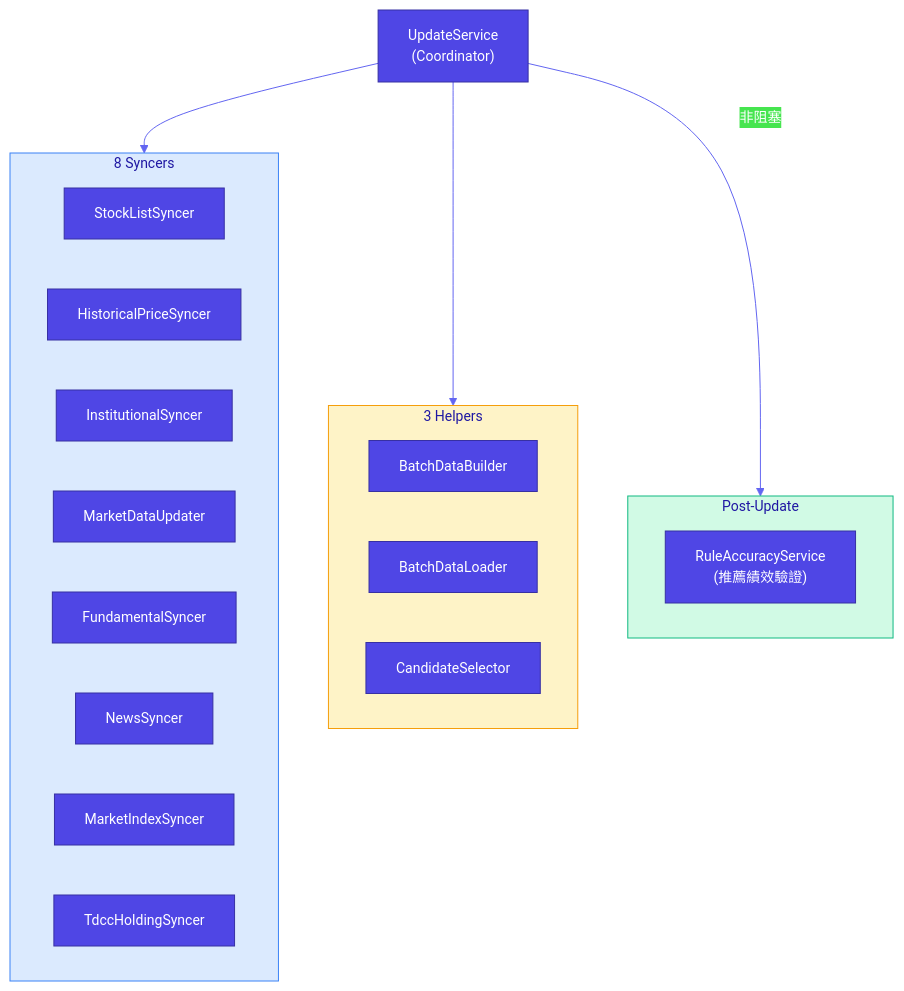
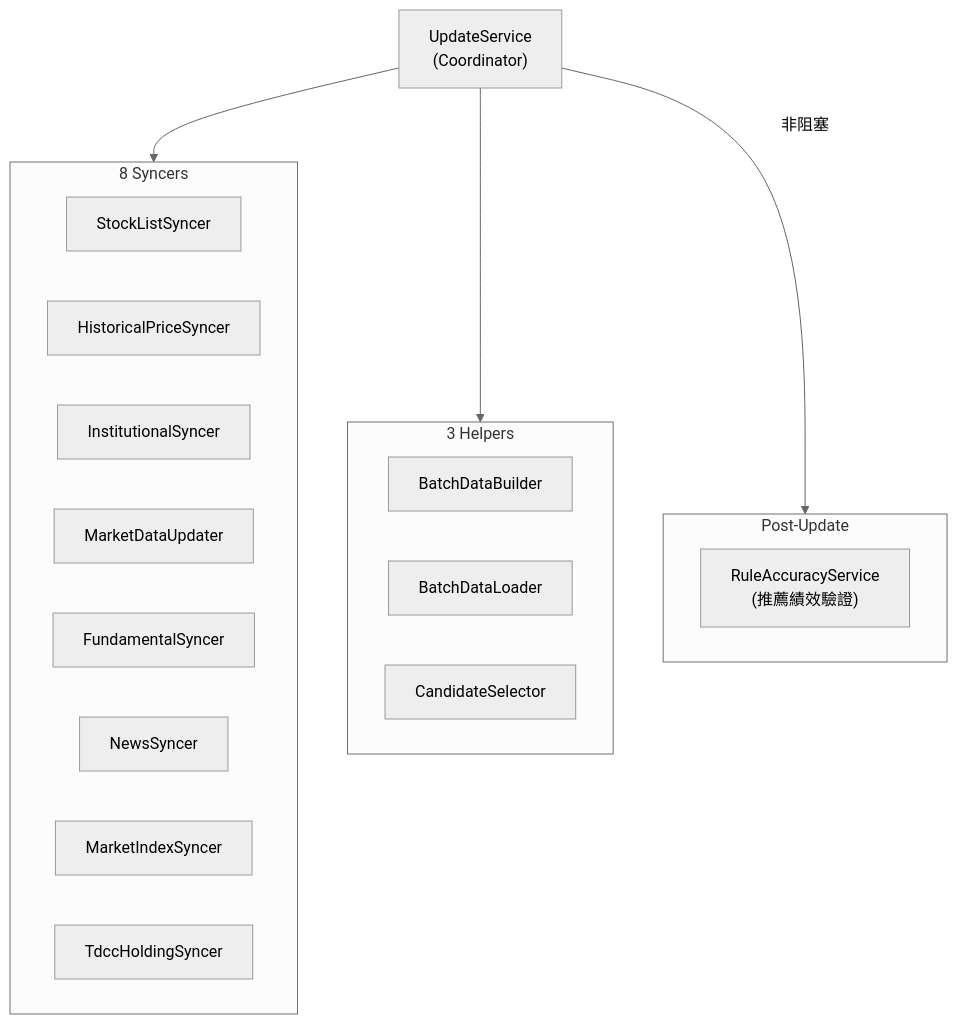
Before and after one commit to Neal75418/afterclose: the fourth of 4 diagrams in CLAUDE.md, drawn with Mermaid. The commit also changed other lines of this file and 1 other file, not shown here.

````diff
--- a/CLAUDE.md
+++ b/CLAUDE.md
@@ -155,35 +121,30 @@
 ```mermaid
-%%{init: {'theme': 'base', 'themeVariables': {'primaryColor': '#4F46E5', 'primaryTextColor': '#fff', 'primaryBorderColor': '#3730A3', 'lineColor': '#6366F1', 'fontSize': '14px'}}}%%
+%%{init: {'theme': 'neutral'}}%%
 graph TB
     US["UpdateService<br/>(Coordinator)"]
 
     subgraph Syncers["8 Syncers"]
         SLS["StockListSyncer"]
         HPS["HistoricalPriceSyncer"]
         IS["InstitutionalSyncer"]
         MDU["MarketDataUpdater"]
         FS["FundamentalSyncer"]
         NS["NewsSyncer"]
         MIS["MarketIndexSyncer"]
         THS["TdccHoldingSyncer"]
     end
 
     subgraph Helpers["3 Helpers"]
         BDB["BatchDataBuilder"]
         BDL["BatchDataLoader"]
         CS["CandidateSelector"]
     end
 
     subgraph PostUpdate["Post-Update"]
         RAS["RuleAccuracyService<br/>(推薦績效驗證)"]
     end
 
     US --> Syncers
     US --> Helpers
-    US -->|"非阻塞"| PostUpdate
-
-    style US fill:#4F46E5,stroke:#3730A3,color:#fff
-    style Syncers fill:#DBEAFE,stroke:#3B82F6
-    style Helpers fill:#FEF3C7,stroke:#F59E0B
-    style PostUpdate fill:#D1FAE5,stroke:#10B981
+    US -->|非阻塞| PostUpdate
 ```
````
